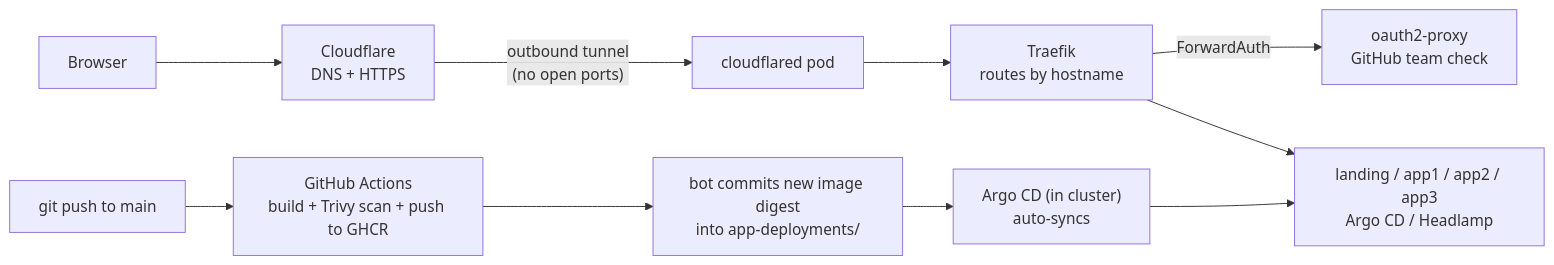
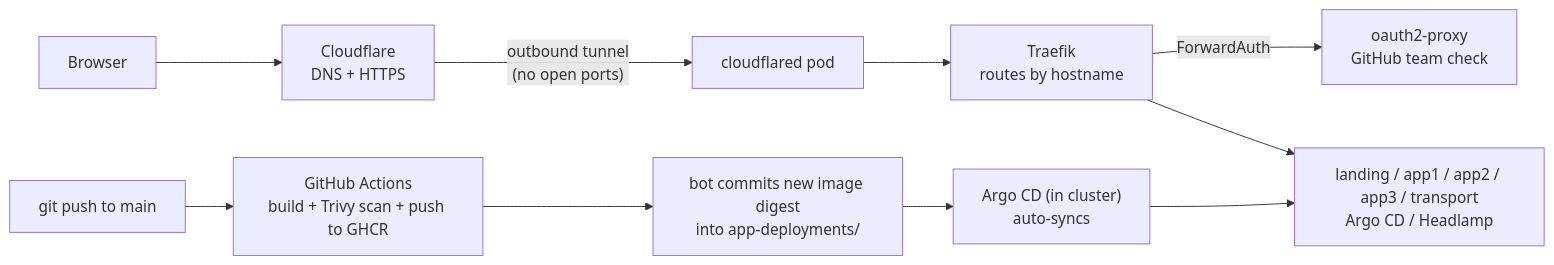
One commit to xtemplate24/personalkindcluster changed the diagram in README.md. Above: the diagram before and after it, drawn with Mermaid. The commit also changed other lines of this file and 33 other files, not shown here.

First line of the commit message:
Add transport app: Singapore bus & MRT timings (transport.xtemplate.cc)

````diff
--- a/README.md
+++ b/README.md
@@ -33,13 +34,13 @@
 ```mermaid
 flowchart LR
   user["Browser"] --> cf["Cloudflare<br/>DNS + HTTPS"]
   cf -->|"outbound tunnel<br/>(no open ports)"| cfd["cloudflared pod"]
   cfd --> traefik["Traefik<br/>routes by hostname"]
   traefik -->|"ForwardAuth"| o2p["oauth2-proxy<br/>GitHub team check"]
-  traefik --> apps["landing / app1 / app2 / app3<br/>Argo CD / Headlamp"]
+  traefik --> apps["landing / app1 / app2 / app3 / transport<br/>Argo CD / Headlamp"]
 
   dev["git push to main"] --> gha["GitHub Actions<br/>build + Trivy scan + push to GHCR"]
   gha --> commit["bot commits new image digest<br/>into app-deployments/"]
   commit --> argo["Argo CD (in cluster)<br/>auto-syncs"]
   argo --> apps
 ```
````
